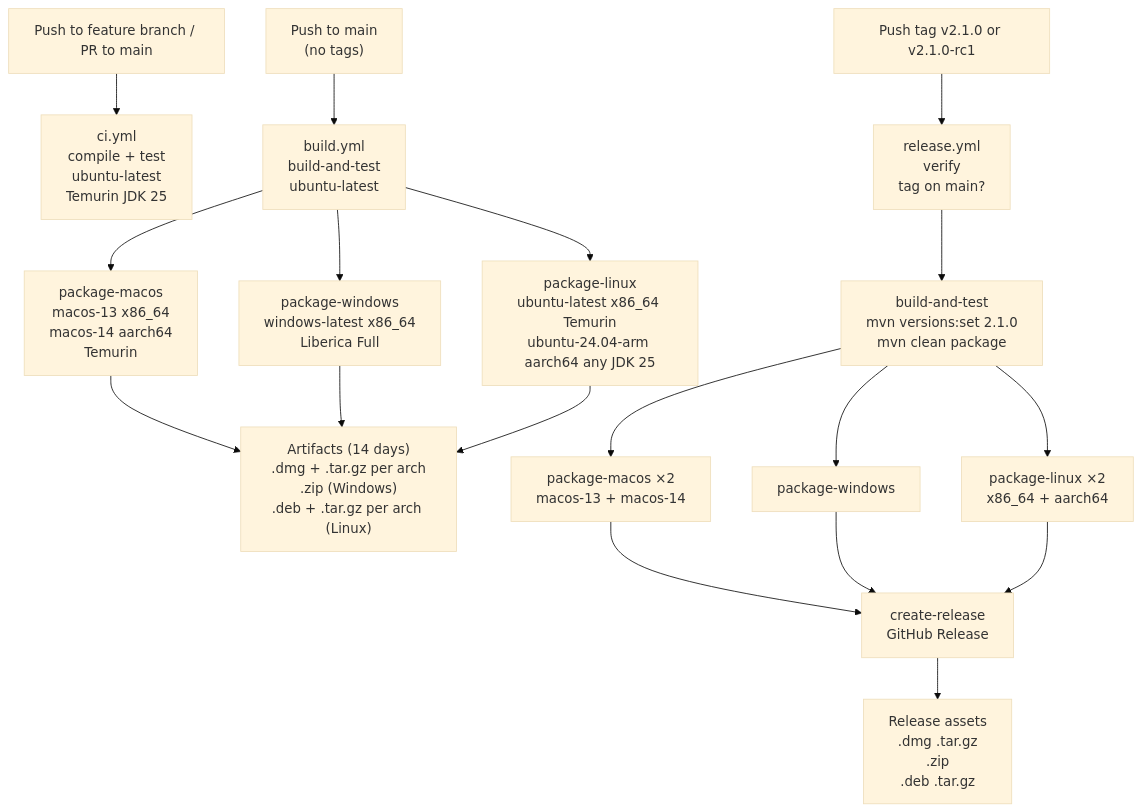
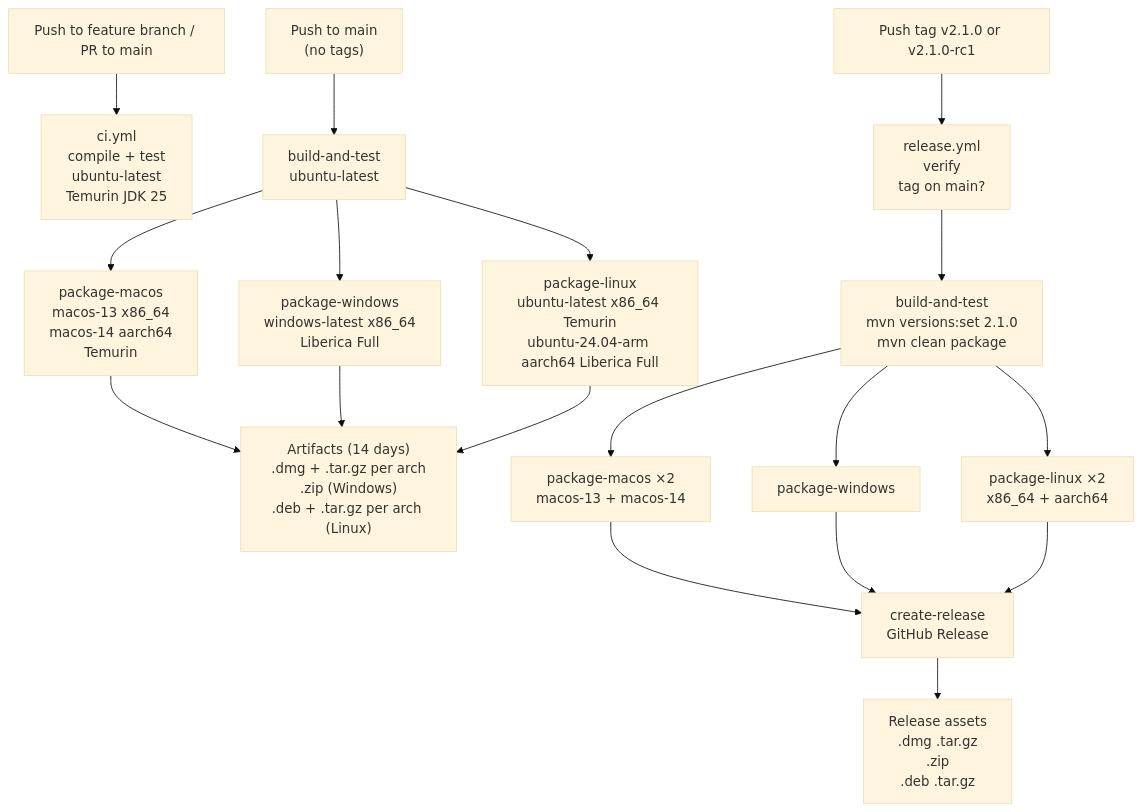
Before and after one commit to sanyokkua/renamer_app: the diagram in docs/developers/guides/cicd-pipeline.md, drawn with Mermaid (base theme). The commit also changed other lines of this file and 25 other files, not shown here.

````diff
--- a/docs/developers/guides/cicd-pipeline.md
+++ b/docs/developers/guides/cicd-pipeline.md
@@ -18,20 +32,20 @@
 ```mermaid
 flowchart TD
     A["Push to feature branch / PR to main"] --> CI["ci.yml\ncompile + test\nubuntu-latest\nTemurin JDK 25"]
-    B["Push to main\n(no tags)"] --> BT["build.yml\nbuild-and-test\nubuntu-latest"]
+    B["Push to main\n(no tags)"] --> BT["build-and-test\nubuntu-latest"]
     BT --> BM["package-macos\nmacos-13 x86_64\nmacos-14 aarch64\nTemurin"]
     BT --> BW["package-windows\nwindows-latest x86_64\nLiberica Full"]
-    BT --> BL["package-linux\nubuntu-latest x86_64 Temurin\nubuntu-24.04-arm aarch64 any JDK 25"]
+    BT --> BL["package-linux\nubuntu-latest x86_64 Temurin\nubuntu-24.04-arm aarch64 Liberica Full"]
     BM --> BA["Artifacts (14 days)\n.dmg + .tar.gz per arch\n.zip (Windows)\n.deb + .tar.gz per arch (Linux)"]
     BW --> BA
     BL --> BA
     C["Push tag v2.1.0 or v2.1.0-rc1"] --> RV["release.yml\nverify\ntag on main?"]
     RV --> RBT["build-and-test\nmvn versions:set 2.1.0\nmvn clean package"]
     RBT --> RM["package-macos ×2\nmacos-13 + macos-14"]
     RBT --> RW["package-windows"]
     RBT --> RL["package-linux ×2\nx86_64 + aarch64"]
     RM --> RC["create-release\nGitHub Release"]
     RW --> RC
     RL --> RC
     RC --> RF["Release assets\n.dmg .tar.gz\n.zip\n.deb .tar.gz"]
 ```
````
